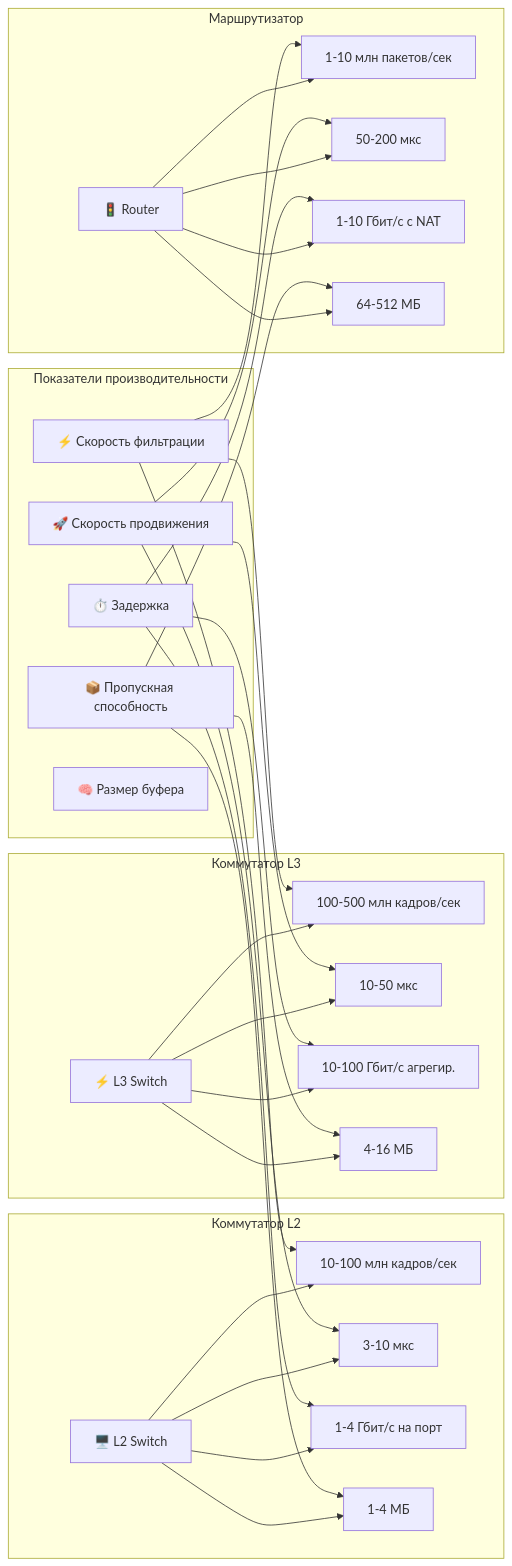
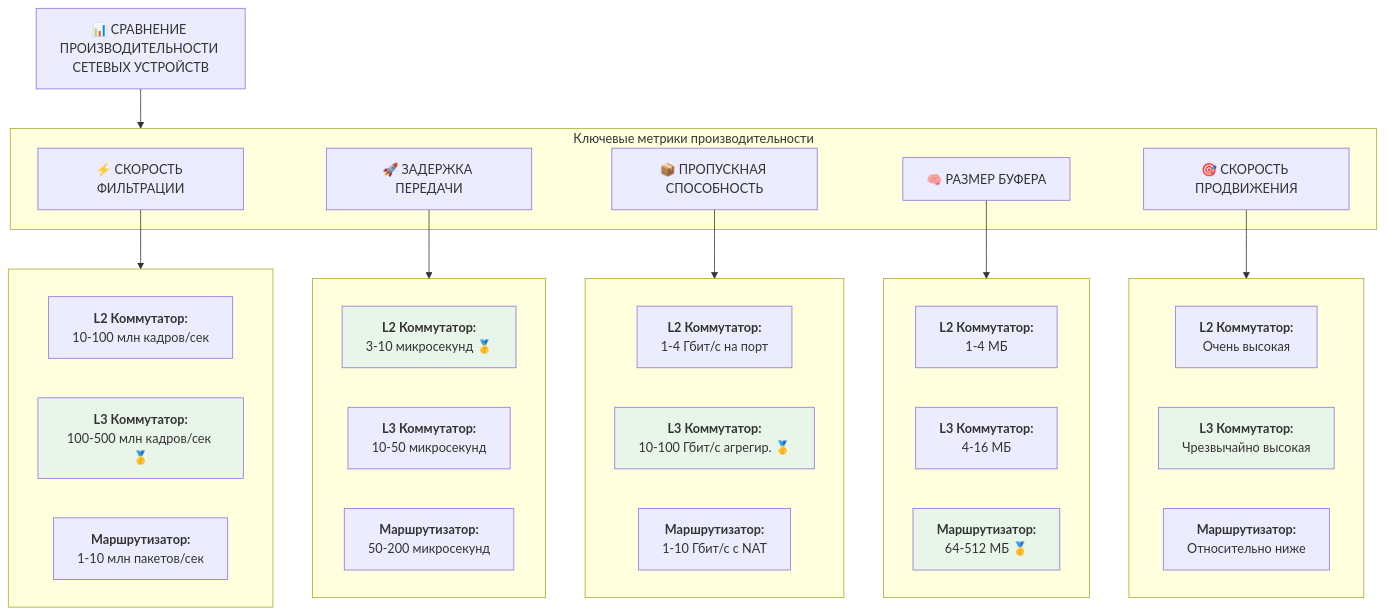
One commit to RuslanRinatovich/OP11_COMP_SETI changed the tenth of 11 diagrams in LESSON9.MD. Above: the diagram before and after it, drawn with Mermaid. The commit also changed other lines of this file, not shown here.

````diff
--- a/LESSON9.MD
+++ b/LESSON9.MD
@@ -777,65 +779,54 @@
 ```mermaid
-graph LR
-    subgraph "Показатели производительности"
-        METRIC1[⚡ Скорость фильтрации]
-        METRIC2[🚀 Скорость продвижения]
-        METRIC3[⏱️ Задержка]
-        METRIC4[📦 Пропускная способность]
-        METRIC5[🧠 Размер буфера]
+graph TD
+    TITLE[📊 СРАВНЕНИЕ ПРОИЗВОДИТЕЛЬНОСТИ СЕТЕВЫХ УСТРОЙСТВ] --> METRICS
+    
+    subgraph METRICS["Ключевые метрики производительности"]
+        M1[⚡ СКОРОСТЬ ФИЛЬТРАЦИИ]
+        M2[🚀 ЗАДЕРЖКА ПЕРЕДАЧИ]
+        M3[📦 ПРОПУСКНАЯ СПОСОБНОСТЬ]
+        M4[🧠 РАЗМЕР БУФЕРА]
+        M5[🎯 СКОРОСТЬ ПРОДВИЖЕНИЯ]
     end
     
-    subgraph "Коммутатор L2"
-        SW_L2_PERF[🖥️ L2 Switch]
-        SW_L2_V1[10-100 млн кадров/сек]
-        SW_L2_V2[3-10 мкс]
-        SW_L2_V3[1-4 Гбит/с на порт]
-        SW_L2_V4[1-4 МБ]
+    M1 --> DEVICES1
+    M2 --> DEVICES2
+    M3 --> DEVICES3
+    M4 --> DEVICES4
+    M5 --> DEVICES5
+    
+    subgraph DEVICES1[" "]
+        D1_L2[<b>L2 Коммутатор:</b><br/>10-100 млн кадров/сек]
+        D1_L3[<b>L3 Коммутатор:</b><br/>100-500 млн кадров/сек 🥇]
+        D1_R[<b>Маршрутизатор:</b><br/>1-10 млн пакетов/сек]
     end
     
-    subgraph "Коммутатор L3"
-        SW_L3_PERF[⚡ L3 Switch]
-        SW_L3_V1[100-500 млн кадров/сек]
-        SW_L3_V2[10-50 мкс]
-        SW_L3_V3[10-100 Гбит/с агрегир.]
-        SW_L3_V4[4-16 МБ]
+    subgraph DEVICES2[" "]
+        D2_L2[<b>L2 Коммутатор:</b><br/>3-10 микросекунд 🥇]
+        D2_L3[<b>L3 Коммутатор:</b><br/>10-50 микросекунд]
+        D2_R[<b>Маршрутизатор:</b><br/>50-200 микросекунд]
     end
     
-    subgraph "Маршрутизатор"
-        ROUTER_PERF[🚦 Router]
-        ROUTER_V1[1-10 млн пакетов/сек]
-        ROUTER_V2[50-200 мкс]
-        ROUTER_V3[1-10 Гбит/с с NAT]
-        ROUTER_V4[64-512 МБ]
+    subgraph DEVICES3[" "]
+        D3_L2[<b>L2 Коммутатор:</b><br/>1-4 Гбит/с на порт]
+        D3_L3[<b>L3 Коммутатор:</b><br/>10-100 Гбит/с агрегир. 🥇]
+        D3_R[<b>Маршрутизатор:</b><br/>1-10 Гбит/с с NAT]
     end
     
-    METRIC1 --> SW_L2_V1
-    METRIC1 --> SW_L3_V1
-    METRIC1 --> ROUTER_V1
+    subgraph DEVICES4[" "]
+        D4_L2[<b>L2 Коммутатор:</b><br/>1-4 МБ]
+        D4_L3[<b>L3 Коммутатор:</b><br/>4-16 МБ]
+        D4_R[<b>Маршрутизатор:</b><br/>64-512 МБ 🥇]
+    end
     
-    METRIC2 --> SW_L2_V2
-    METRIC2 --> SW_L3_V2
-    METRIC2 --> ROUTER_V2
+    subgraph DEVICES5[" "]
+        D5_L2[<b>L2 Коммутатор:</b><br/>Очень высокая]
+        D5_L3[<b>L3 Коммутатор:</b><br/>Чрезвычайно высокая]
+        D5_R[<b>Маршрутизатор:</b><br/>Относительно ниже]
+    end
     
-    METRIC3 --> SW_L2_V3
-    METRIC3 --> SW_L3_V3
-    METRIC3 --> ROUTER_V3
-    
-    METRIC4 --> SW_L2_V4
-    METRIC4 --> SW_L3_V4
-    METRIC4 --> ROUTER_V4
-    
-    SW_L2_PERF --> SW_L2_V1
-    SW_L2_PERF --> SW_L2_V2
-    SW_L2_PERF --> SW_L2_V3
-    SW_L2_PERF --> SW_L2_V4
-    
-    SW_L3_PERF --> SW_L3_V1
-    SW_L3_PERF --> SW_L3_V2
-    SW_L3_PERF --> SW_L3_V3
-    SW_L3_PERF --> SW_L3_V4
-    
-    ROUTER_PERF --> ROUTER_V1
-    ROUTER_PERF --> ROUTER_V2
-    ROUTER_PERF --> ROUTER_V3
-    ROUTER_PERF --> ROUTER_V4
+    style D1_L3 fill:#e8f5e9
+    style D2_L2 fill:#e8f5e9
+    style D3_L3 fill:#e8f5e9
+    style D4_R fill:#e8f5e9
+    style D5_L3 fill:#e8f5e9
 ```
````
